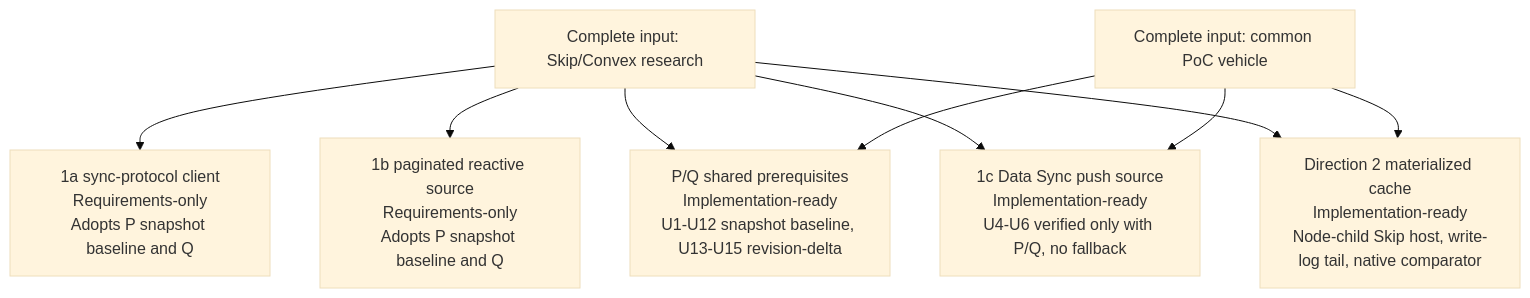
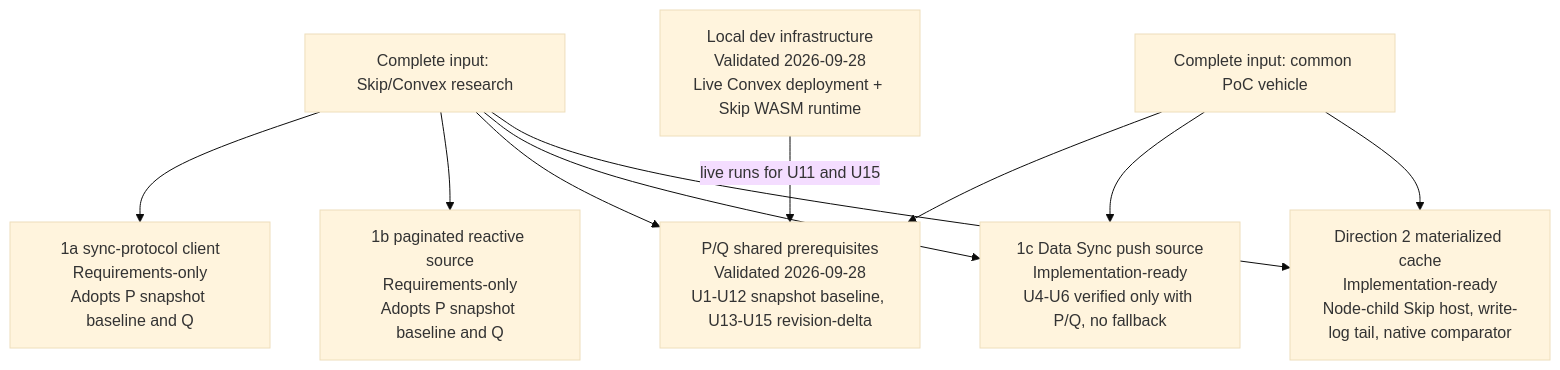
Before and after one commit to billf/convex-backend: the first of 3 diagrams in docs/plans/planning-timeline.md, drawn with Mermaid (base theme). The commit also changed other lines of this file and 3 other files, not shown here.

````diff
--- a/docs/plans/planning-timeline.md
+++ b/docs/plans/planning-timeline.md
@@ -30,19 +37,21 @@
 ```mermaid
 flowchart TB
   research["Complete input: Skip/Convex research"]
   vehicle["Complete input: common PoC vehicle"]
   oneA["1a sync-protocol client\nRequirements-only\nAdopts P snapshot baseline and Q"]
   oneB["1b paginated reactive source\nRequirements-only\nAdopts P snapshot baseline and Q"]
-  shared["P/Q shared prerequisites\nImplementation-ready\nU1-U12 snapshot baseline, U13-U15 revision-delta"]
+  infra["Local dev infrastructure\nValidated 2026-09-28\nLive Convex deployment + Skip WASM runtime"]
+  shared["P/Q shared prerequisites\nValidated 2026-09-28\nU1-U12 snapshot baseline, U13-U15 revision-delta"]
   oneC["1c Data Sync push source\nImplementation-ready\nU4-U6 verified only with P/Q, no fallback"]
   two["Direction 2 materialized cache\nImplementation-ready\nNode-child Skip host, write-log tail, native comparator"]
 
   research --> oneA
   research --> oneB
   research --> shared
   research --> oneC
   research --> two
   vehicle --> shared
+  infra -->|"live runs for U11 and U15"| shared
   vehicle --> oneC
   vehicle --> two
 ```
````
